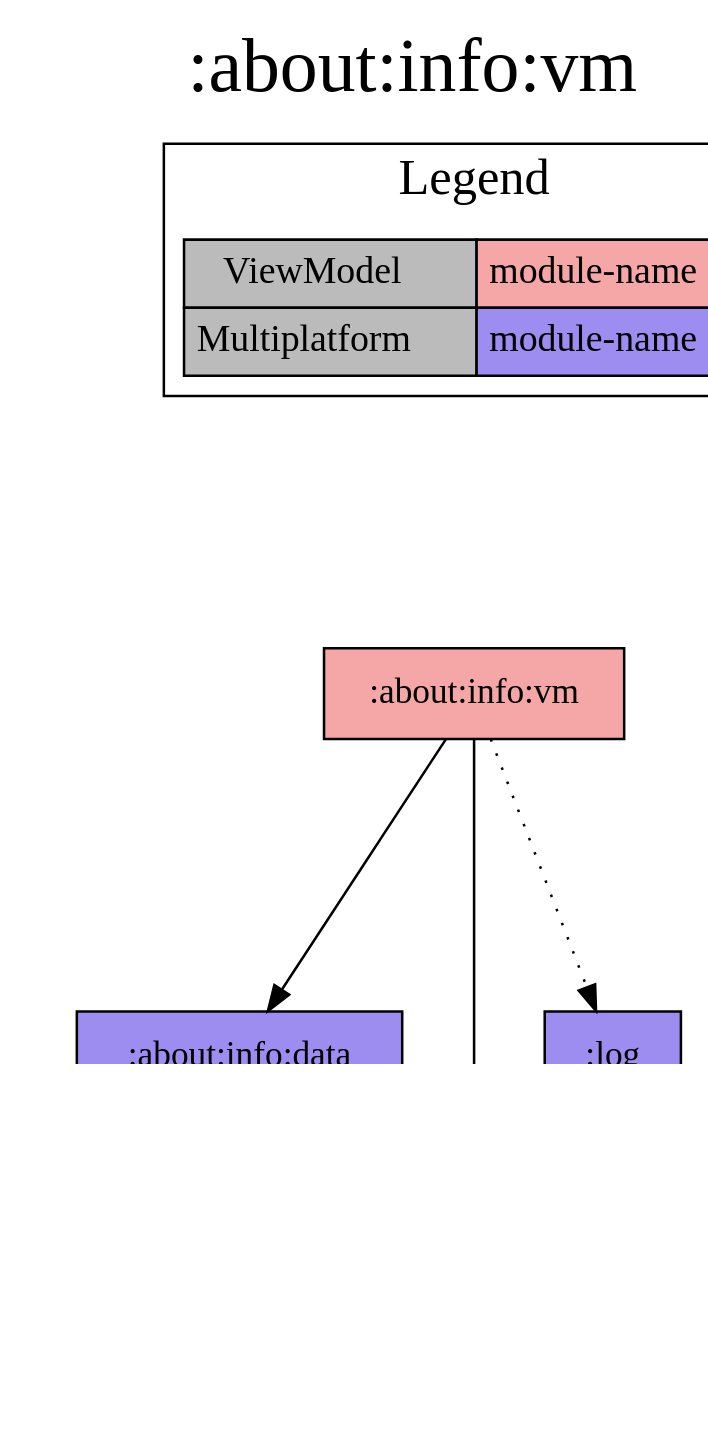
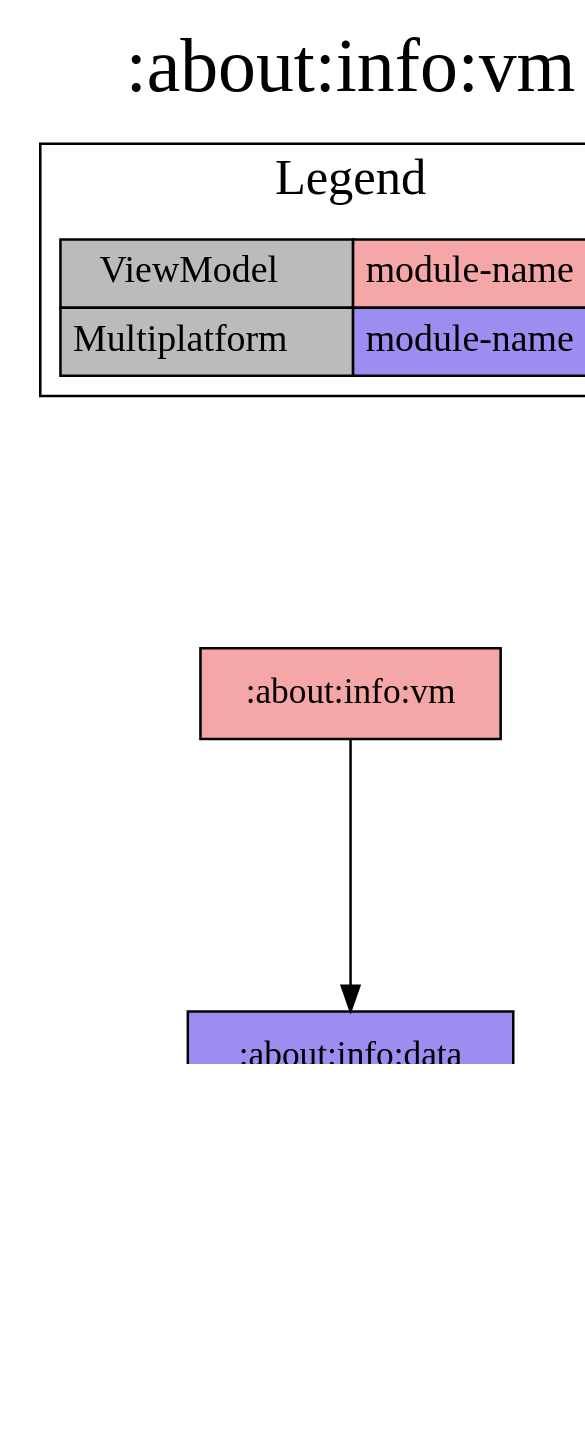
The diagram in modules/about/info/vm/project-dependency-graph.dot (jonapoul/aktual), drawn with Graphviz before and after one commit. The commit also changed 143 other files, not shown here.

```diff
--- a/modules/about/info/vm/project-dependency-graph.dot
+++ b/modules/about/info/vm/project-dependency-graph.dot
@@ -1,29 +1,24 @@
 digraph {
 edge ["dir"="forward"]
 graph ["dpi"="100","label"=":about:info:vm","labelloc"="t","fontsize"="30","ranksep"="1.5","rankdir"="TB"]
 node ["style"="filled"]
 ":about:info:data" ["fillcolor"="#9D8DF1","shape"="box"]
 ":about:info:vm" ["fillcolor"="#F5A6A6","shape"="box"]
 ":api:github" ["fillcolor"="#9D8DF1","shape"="box"]
-":core:buildconfig" ["fillcolor"="#9D8DF1","shape"="box"]
-":log" ["fillcolor"="#9D8DF1","shape"="box"]
 {
 edge ["dir"="none"]
 graph ["rank"="same"]
 }
 ":about:info:data" -> ":api:github"
-":about:info:data" -> ":core:buildconfig"
 ":about:info:vm" -> ":about:info:data"
-":about:info:vm" -> ":core:buildconfig"
-":about:info:vm" -> ":log" ["style"="dotted"]
 subgraph "cluster_legend" {
 edge ["dir"="none"]
 graph ["label"="Legend","fontsize"="20"]
 "Legend" ["style"="filled","fillcolor"="#bbbbbb","shape"="none","margin"="0","fontsize"="15","label"=<
 <TABLE BORDER="0" CELLBORDER="1" CELLSPACING="0" CELLPADDING="4">
 <TR><TD>ViewModel</TD><TD BGCOLOR="#F5A6A6">module-name</TD></TR>
 <TR><TD>Multiplatform</TD><TD BGCOLOR="#9D8DF1">module-name</TD></TR>
 </TABLE>
 >]
 } -> ":about:info:vm" ["style"="invis"]
 }
```
